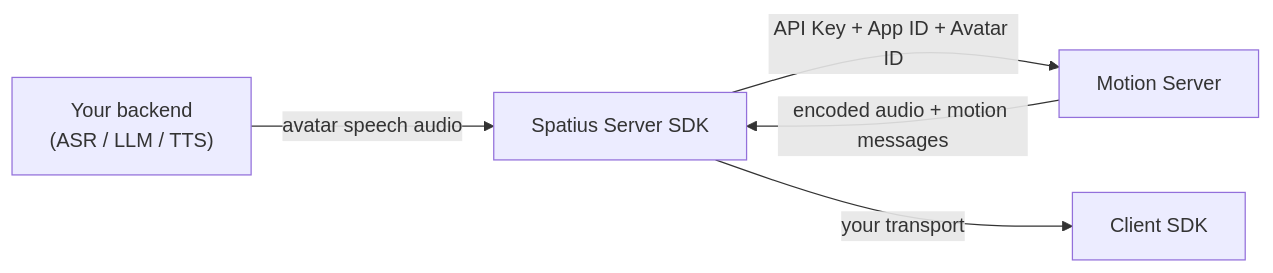
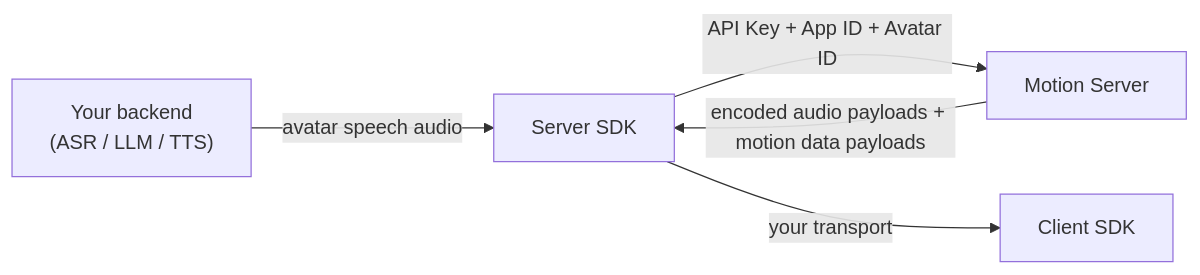
The diagram in backend-mode/server-sdk.mdx (spatius-ai/docs), drawn with Mermaid before and after one commit. The commit also changed other lines of this file and 24 other files, not shown here.

````diff
--- a/backend-mode/server-sdk.mdx
+++ b/backend-mode/server-sdk.mdx
@@ -9,7 +9,7 @@
 ```mermaid
 flowchart LR
-    A["Your backend<br/>(ASR / LLM / TTS)"] -->|avatar speech audio| B["Spatius Server SDK"]
+    A["Your backend<br/>(ASR / LLM / TTS)"] -->|avatar speech audio| B["Server SDK"]
     B -->|API Key + App ID + Avatar ID| C["Motion Server"]
-    C -->|encoded audio + motion messages| B
+    C -->|encoded audio payloads + motion data payloads| B
     B -->|your transport| D["Client SDK"]
 ```
````
